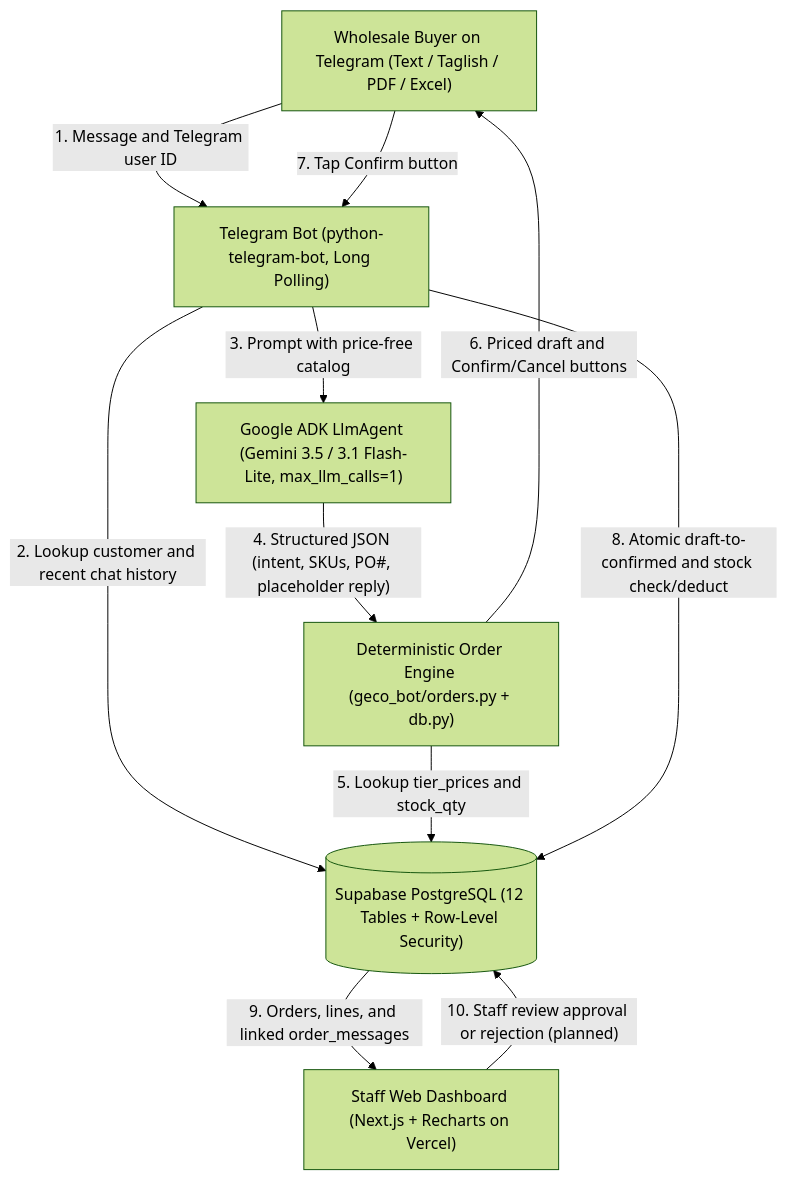
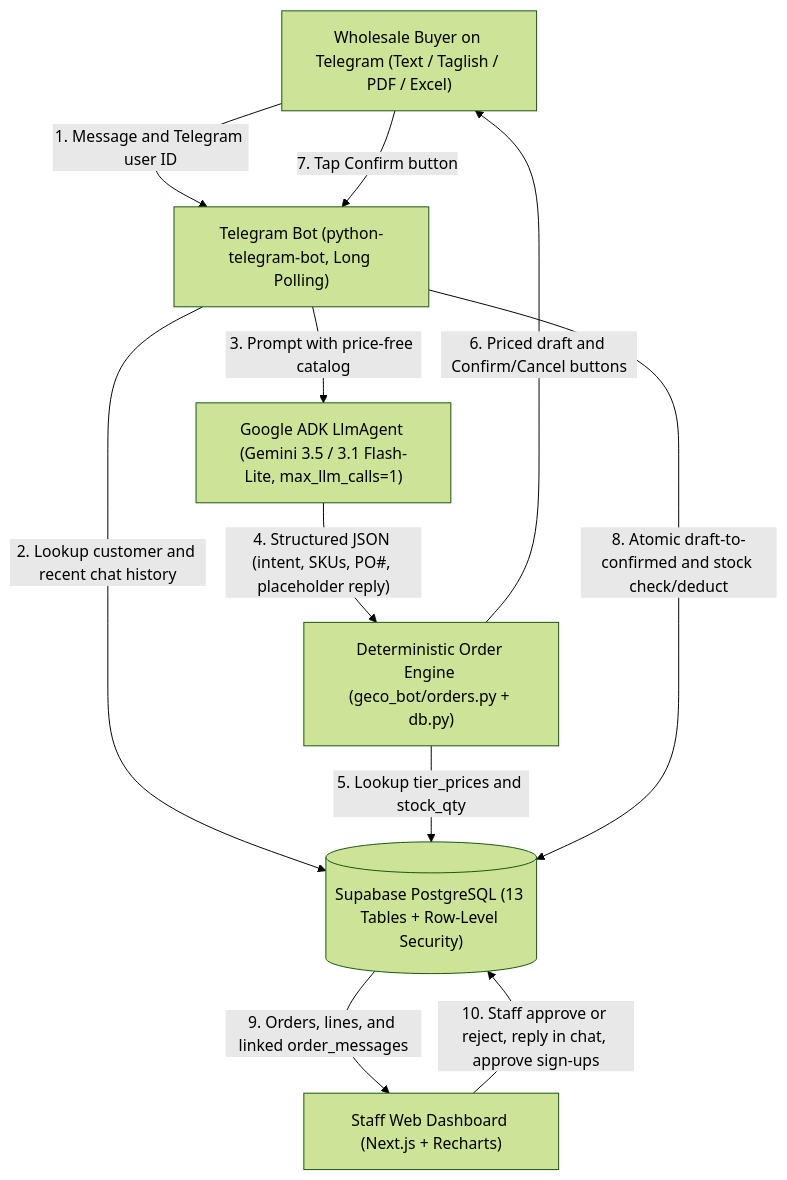
One commit to StegosaurusSaJaro/geco-order-agent changed the diagram in README.md. Above: the diagram before and after it, drawn with Mermaid (forest theme). The commit also changed other lines of this file, not shown here.

Commit message:
docs: update README for dashboard, draft guards and new message formats

````diff
--- a/README.md
+++ b/README.md
@@ -101,20 +146,20 @@
 ```mermaid
 flowchart TD
     Customer["Wholesale Buyer on Telegram (Text / Taglish / PDF / Excel)"]
     Bot["Telegram Bot (python-telegram-bot, Long Polling)"]
     ADK["Google ADK LlmAgent (Gemini 3.5 / 3.1 Flash-Lite, max_llm_calls=1)"]
     Engine["Deterministic Order Engine (geco_bot/orders.py + db.py)"]
-    DB[("Supabase PostgreSQL (12 Tables + Row-Level Security)")]
-    Dash["Staff Web Dashboard (Next.js + Recharts on Vercel)"]
+    DB[("Supabase PostgreSQL (13 Tables + Row-Level Security)")]
+    Dash["Staff Web Dashboard (Next.js + Recharts)"]
 
     Customer -->|"1. Message and Telegram user ID"| Bot
     Bot -->|"2. Lookup customer and recent chat history"| DB
     Bot -->|"3. Prompt with price-free catalog"| ADK
     ADK -->|"4. Structured JSON (intent, SKUs, PO#, placeholder reply)"| Engine
     Engine -->|"5. Lookup tier_prices and stock_qty"| DB
     Engine -->|"6. Priced draft and Confirm/Cancel buttons"| Customer
     Customer -->|"7. Tap Confirm button"| Bot
     Bot -->|"8. Atomic draft-to-confirmed and stock check/deduct"| DB
     DB -->|"9. Orders, lines, and linked order_messages"| Dash
-    Dash -->|"10. Staff review approval or rejection (planned)"| DB
+    Dash -->|"10. Staff approve or reject, reply in chat, approve sign-ups"| DB
 ```
````
